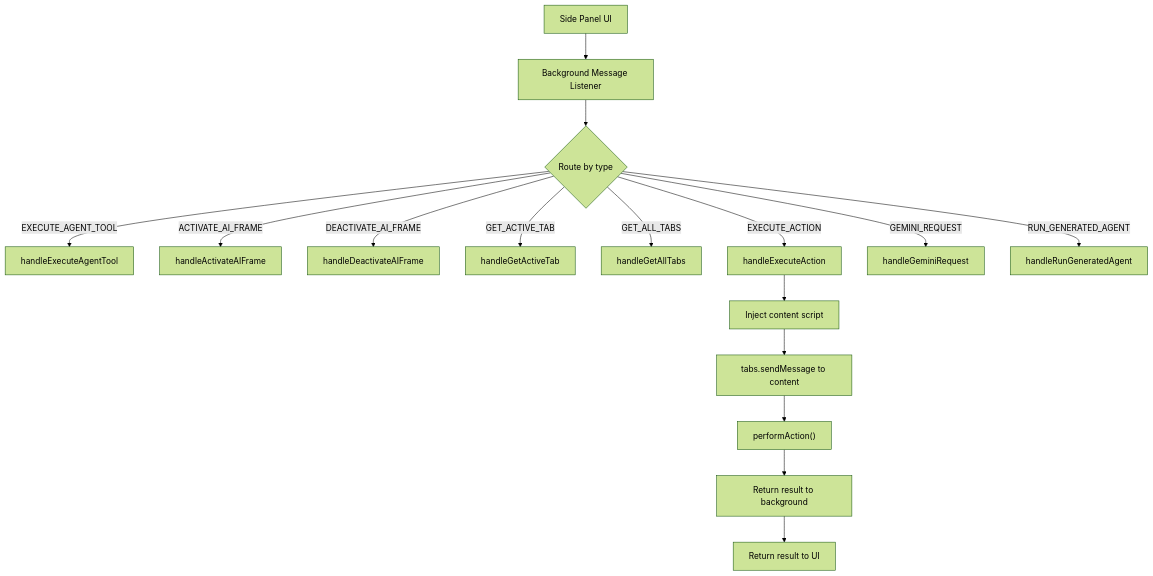
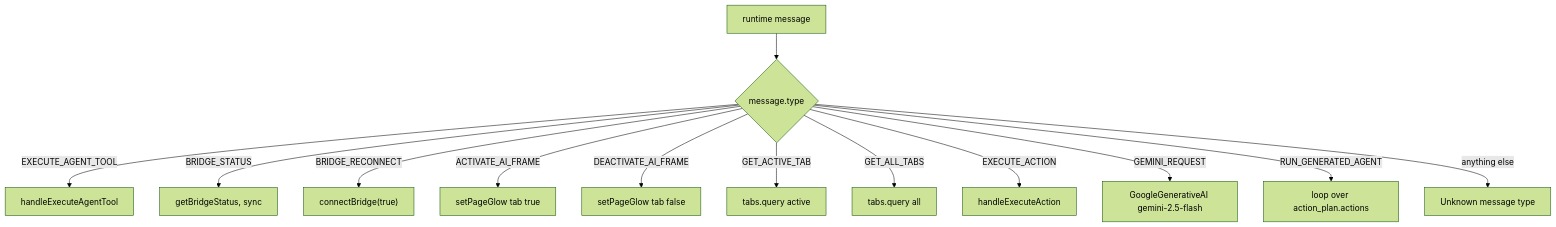
Before and after one commit to tashifkhan/tashif.codes: the third of 6 diagrams in src/data/docs/agentic-browser/Browser Extension/Extension Architecture.md, drawn with Mermaid (forest theme). The commit also changed other lines of this file and 114 other files, not shown here.

````diff
--- a/src/data/docs/agentic-browser/Browser Extension/Extension Architecture.md
+++ b/src/data/docs/agentic-browser/Browser Extension/Extension Architecture.md
@@ -174,18 +84,15 @@
 ```mermaid
 flowchart TD
-UI["Side Panel UI"] --> BG_MSG["Background Message Listener"]
-BG_MSG --> BG_ROUTER{"Route by type"}
-BG_ROUTER --> |EXECUTE_AGENT_TOOL| BG_TOOL["handleExecuteAgentTool"]
-BG_ROUTER --> |ACTIVATE_AI_FRAME| BG_ACT["handleActivateAIFrame"]
-BG_ROUTER --> |DEACTIVATE_AI_FRAME| BG_DEACT["handleDeactivateAIFrame"]
-BG_ROUTER --> |GET_ACTIVE_TAB| BG_GET_ACTIVE["handleGetActiveTab"]
-BG_ROUTER --> |GET_ALL_TABS| BG_GET_ALL["handleGetAllTabs"]
-BG_ROUTER --> |EXECUTE_ACTION| BG_EXEC["handleExecuteAction"]
-BG_ROUTER --> |GEMINI_REQUEST| BG_GEM["handleGeminiRequest"]
-BG_ROUTER --> |RUN_GENERATED_AGENT| BG_RUN["handleRunGeneratedAgent"]
-BG_EXEC --> CT_INJ["Inject content script"]
-CT_INJ --> CT_MSG["tabs.sendMessage to content"]
-CT_MSG --> CT_PERF["performAction()"]
-CT_PERF --> BG_RESP["Return result to background"]
-BG_RESP --> UI_RESP["Return result to UI"]
+  M["runtime message"] --> T{"message.type"}
+  T -->|EXECUTE_AGENT_TOOL| A["handleExecuteAgentTool"]
+  T -->|BRIDGE_STATUS| B["getBridgeStatus, sync"]
+  T -->|BRIDGE_RECONNECT| C["connectBridge(true)"]
+  T -->|ACTIVATE_AI_FRAME| D["setPageGlow tab true"]
+  T -->|DEACTIVATE_AI_FRAME| E["setPageGlow tab false"]
+  T -->|GET_ACTIVE_TAB| F["tabs.query active"]
+  T -->|GET_ALL_TABS| G["tabs.query all"]
+  T -->|EXECUTE_ACTION| H["handleExecuteAction"]
+  T -->|GEMINI_REQUEST| I["GoogleGenerativeAI gemini-2.5-flash"]
+  T -->|RUN_GENERATED_AGENT| J["loop over action_plan.actions"]
+  T -->|anything else| K["Unknown message type"]
 ```
````
